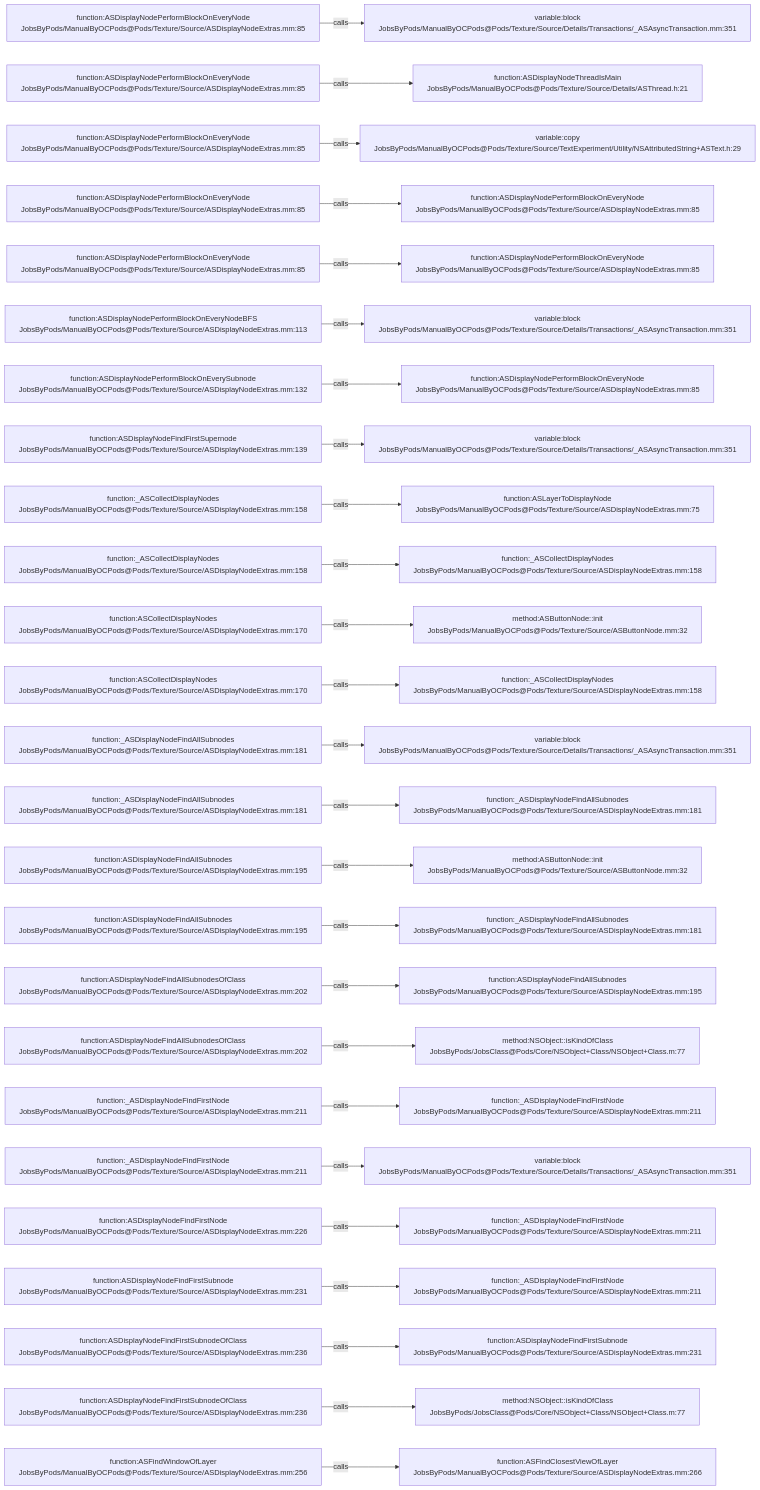
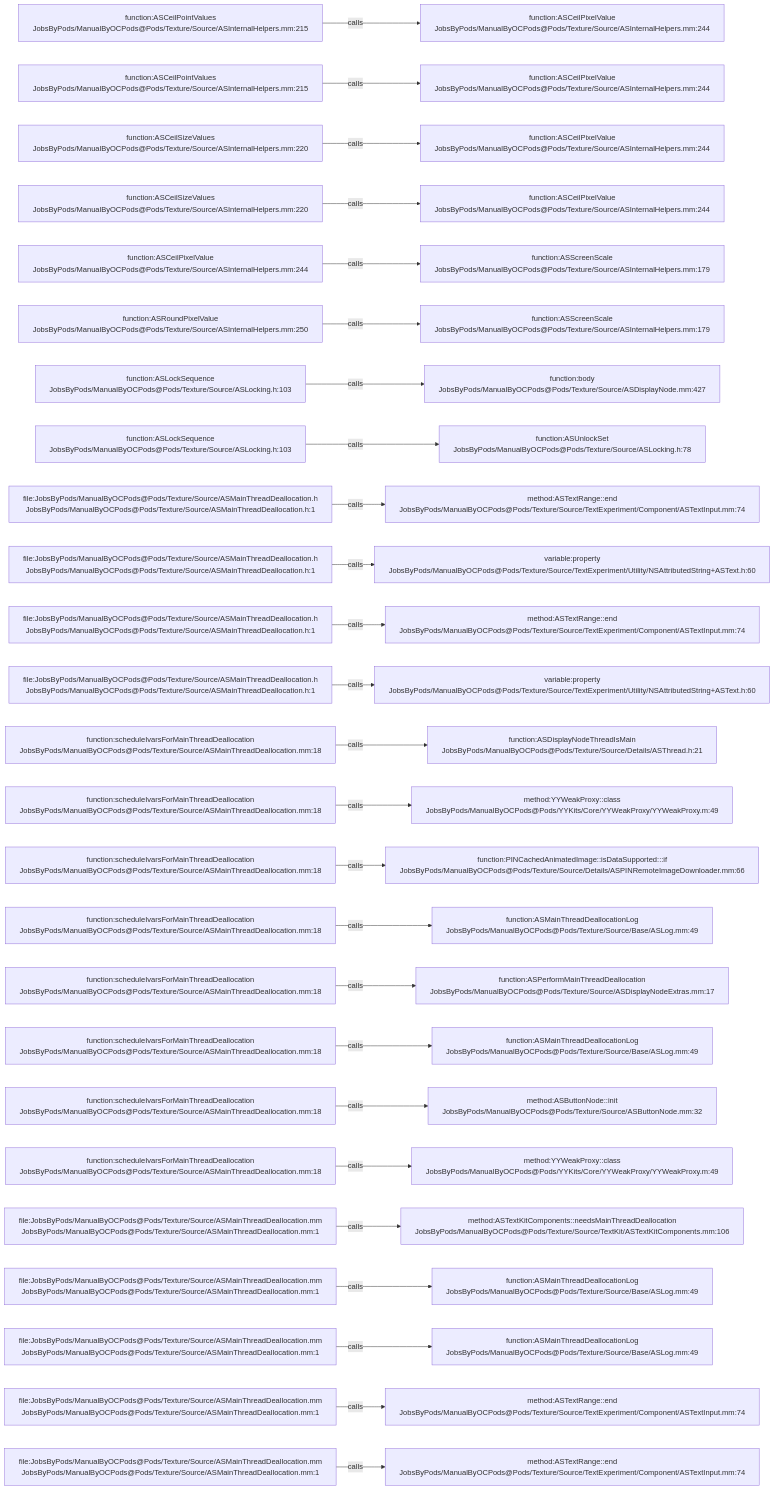
One commit to JobsKits/JobsOCBaseConfigDemo changed the diagram in .codegraph/codegraph.md/graphs/calls-104.md. Above: the diagram before and after it, drawn with Mermaid. The commit also changed 1448 other files, not shown here.

````diff
--- a/.codegraph/codegraph.md/graphs/calls-104.md
+++ b/.codegraph/codegraph.md/graphs/calls-104.md
@@ -13,78 +13,78 @@
 ```mermaid
 flowchart LR
-  S1["function:ASDisplayNodePerformBlockOnEveryNode<br/>JobsByPods/ManualByOCPods@Pods/Texture/Source/ASDisplayNodeExtras.mm:85"]
-  T1["variable:block<br/>JobsByPods/ManualByOCPods@Pods/Texture/Source/Details/Transactions/_ASAsyncTransaction.mm:351"]
+  S1["function:ASCeilPointValues<br/>JobsByPods/ManualByOCPods@Pods/Texture/Source/ASInternalHelpers.mm:215"]
+  T1["function:ASCeilPixelValue<br/>JobsByPods/ManualByOCPods@Pods/Texture/Source/ASInternalHelpers.mm:244"]
   S1 -->|calls| T1
-  S2["function:ASDisplayNodePerformBlockOnEveryNode<br/>JobsByPods/ManualByOCPods@Pods/Texture/Source/ASDisplayNodeExtras.mm:85"]
-  T2["function:ASDisplayNodeThreadIsMain<br/>JobsByPods/ManualByOCPods@Pods/Texture/Source/Details/ASThread.h:21"]
+  S2["function:ASCeilPointValues<br/>JobsByPods/ManualByOCPods@Pods/Texture/Source/ASInternalHelpers.mm:215"]
+  T2["function:ASCeilPixelValue<br/>JobsByPods/ManualByOCPods@Pods/Texture/Source/ASInternalHelpers.mm:244"]
   S2 -->|calls| T2
-  S3["function:ASDisplayNodePerformBlockOnEveryNode<br/>JobsByPods/ManualByOCPods@Pods/Texture/Source/ASDisplayNodeExtras.mm:85"]
-  T3["variable:copy<br/>JobsByPods/ManualByOCPods@Pods/Texture/Source/TextExperiment/Utility/NSAttributedString+ASText.h:29"]
+  S3["function:ASCeilSizeValues<br/>JobsByPods/ManualByOCPods@Pods/Texture/Source/ASInternalHelpers.mm:220"]
+  T3["function:ASCeilPixelValue<br/>JobsByPods/ManualByOCPods@Pods/Texture/Source/ASInternalHelpers.mm:244"]
   S3 -->|calls| T3
-  S4["function:ASDisplayNodePerformBlockOnEveryNode<br/>JobsByPods/ManualByOCPods@Pods/Texture/Source/ASDisplayNodeExtras.mm:85"]
-  T4["function:ASDisplayNodePerformBlockOnEveryNode<br/>JobsByPods/ManualByOCPods@Pods/Texture/Source/ASDisplayNodeExtras.mm:85"]
+  S4["function:ASCeilSizeValues<br/>JobsByPods/ManualByOCPods@Pods/Texture/Source/ASInternalHelpers.mm:220"]
+  T4["function:ASCeilPixelValue<br/>JobsByPods/ManualByOCPods@Pods/Texture/Source/ASInternalHelpers.mm:244"]
   S4 -->|calls| T4
-  S5["function:ASDisplayNodePerformBlockOnEveryNode<br/>JobsByPods/ManualByOCPods@Pods/Texture/Source/ASDisplayNodeExtras.mm:85"]
-  T5["function:ASDisplayNodePerformBlockOnEveryNode<br/>JobsByPods/ManualByOCPods@Pods/Texture/Source/ASDisplayNodeExtras.mm:85"]
+  S5["function:ASCeilPixelValue<br/>JobsByPods/ManualByOCPods@Pods/Texture/Source/ASInternalHelpers.mm:244"]
+  T5["function:ASScreenScale<br/>JobsByPods/ManualByOCPods@Pods/Texture/Source/ASInternalHelpers.mm:179"]
   S5 -->|calls| T5
-  S6["function:ASDisplayNodePerformBlockOnEveryNodeBFS<br/>JobsByPods/ManualByOCPods@Pods/Texture/Source/ASDisplayNodeExtras.mm:113"]
-  T6["variable:block<br/>JobsByPods/ManualByOCPods@Pods/Texture/Source/Details/Transactions/_ASAsyncTransaction.mm:351"]
+  S6["function:ASRoundPixelValue<br/>JobsByPods/ManualByOCPods@Pods/Texture/Source/ASInternalHelpers.mm:250"]
+  T6["function:ASScreenScale<br/>JobsByPods/ManualByOCPods@Pods/Texture/Source/ASInternalHelpers.mm:179"]
   S6 -->|calls| T6
-  S7["function:ASDisplayNodePerformBlockOnEverySubnode<br/>JobsByPods/ManualByOCPods@Pods/Texture/Source/ASDisplayNodeExtras.mm:132"]
-  T7["function:ASDisplayNodePerformBlockOnEveryNode<br/>JobsByPods/ManualByOCPods@Pods/Texture/Source/ASDisplayNodeExtras.mm:85"]
+  S7["function:ASLockSequence<br/>JobsByPods/ManualByOCPods@Pods/Texture/Source/ASLocking.h:103"]
+  T7["function:body<br/>JobsByPods/ManualByOCPods@Pods/Texture/Source/ASDisplayNode.mm:427"]
   S7 -->|calls| T7
-  S8["function:ASDisplayNodeFindFirstSupernode<br/>JobsByPods/ManualByOCPods@Pods/Texture/Source/ASDisplayNodeExtras.mm:139"]
-  T8["variable:block<br/>JobsByPods/ManualByOCPods@Pods/Texture/Source/Details/Transactions/_ASAsyncTransaction.mm:351"]
+  S8["function:ASLockSequence<br/>JobsByPods/ManualByOCPods@Pods/Texture/Source/ASLocking.h:103"]
+  T8["function:ASUnlockSet<br/>JobsByPods/ManualByOCPods@Pods/Texture/Source/ASLocking.h:78"]
   S8 -->|calls| T8
-  S9["function:_ASCollectDisplayNodes<br/>JobsByPods/ManualByOCPods@Pods/Texture/Source/ASDisplayNodeExtras.mm:158"]
-  T9["function:ASLayerToDisplayNode<br/>JobsByPods/ManualByOCPods@Pods/Texture/Source/ASDisplayNodeExtras.mm:75"]
+  S9["file:JobsByPods/ManualByOCPods@Pods/Texture/Source/ASMainThreadDeallocation.h<br/>JobsByPods/ManualByOCPods@Pods/Texture/Source/ASMainThreadDeallocation.h:1"]
+  T9["method:ASTextRange::end<br/>JobsByPods/ManualByOCPods@Pods/Texture/Source/TextExperiment/Component/ASTextInput.mm:74"]
   S9 -->|calls| T9
-  S10["function:_ASCollectDisplayNodes<br/>JobsByPods/ManualByOCPods@Pods/Texture/Source/ASDisplayNodeExtras.mm:158"]
-  T10["function:_ASCollectDisplayNodes<br/>JobsByPods/ManualByOCPods@Pods/Texture/Source/ASDisplayNodeExtras.mm:158"]
+  S10["file:JobsByPods/ManualByOCPods@Pods/Texture/Source/ASMainThreadDeallocation.h<br/>JobsByPods/ManualByOCPods@Pods/Texture/Source/ASMainThreadDeallocation.h:1"]
+  T10["variable:property<br/>JobsByPods/ManualByOCPods@Pods/Texture/Source/TextExperiment/Utility/NSAttributedString+ASText.h:60"]
   S10 -->|calls| T10
-  S11["function:ASCollectDisplayNodes<br/>JobsByPods/ManualByOCPods@Pods/Texture/Source/ASDisplayNodeExtras.mm:170"]
-  T11["method:ASButtonNode::init<br/>JobsByPods/ManualByOCPods@Pods/Texture/Source/ASButtonNode.mm:32"]
+  S11["file:JobsByPods/ManualByOCPods@Pods/Texture/Source/ASMainThreadDeallocation.h<br/>JobsByPods/ManualByOCPods@Pods/Texture/Source/ASMainThreadDeallocation.h:1"]
+  T11["method:ASTextRange::end<br/>JobsByPods/ManualByOCPods@Pods/Texture/Source/TextExperiment/Component/ASTextInput.mm:74"]
   S11 -->|calls| T11
-  S12["function:ASCollectDisplayNodes<br/>JobsByPods/ManualByOCPods@Pods/Texture/Source/ASDisplayNodeExtras.mm:170"]
-  T12["function:_ASCollectDisplayNodes<br/>JobsByPods/ManualByOCPods@Pods/Texture/Source/ASDisplayNodeExtras.mm:158"]
+  S12["file:JobsByPods/ManualByOCPods@Pods/Texture/Source/ASMainThreadDeallocation.h<br/>JobsByPods/ManualByOCPods@Pods/Texture/Source/ASMainThreadDeallocation.h:1"]
+  T12["variable:property<br/>JobsByPods/ManualByOCPods@Pods/Texture/Source/TextExperiment/Utility/NSAttributedString+ASText.h:60"]
   S12 -->|calls| T12
-  S13["function:_ASDisplayNodeFindAllSubnodes<br/>JobsByPods/ManualByOCPods@Pods/Texture/Source/ASDisplayNodeExtras.mm:181"]
-  T13["variable:block<br/>JobsByPods/ManualByOCPods@Pods/Texture/Source/Details/Transactions/_ASAsyncTransaction.mm:351"]
+  S13["function:scheduleIvarsForMainThreadDeallocation<br/>JobsByPods/ManualByOCPods@Pods/Texture/Source/ASMainThreadDeallocation.mm:18"]
+  T13["function:ASDisplayNodeThreadIsMain<br/>JobsByPods/ManualByOCPods@Pods/Texture/Source/Details/ASThread.h:21"]
   S13 -->|calls| T13
-  S14["function:_ASDisplayNodeFindAllSubnodes<br/>JobsByPods/ManualByOCPods@Pods/Texture/Source/ASDisplayNodeExtras.mm:181"]
-  T14["function:_ASDisplayNodeFindAllSubnodes<br/>JobsByPods/ManualByOCPods@Pods/Texture/Source/ASDisplayNodeExtras.mm:181"]
+  S14["function:scheduleIvarsForMainThreadDeallocation<br/>JobsByPods/ManualByOCPods@Pods/Texture/Source/ASMainThreadDeallocation.mm:18"]
+  T14["method:YYWeakProxy::class<br/>JobsByPods/ManualByOCPods@Pods/YYKits/Core/YYWeakProxy/YYWeakProxy.m:49"]
   S14 -->|calls| T14
-  S15["function:ASDisplayNodeFindAllSubnodes<br/>JobsByPods/ManualByOCPods@Pods/Texture/Source/ASDisplayNodeExtras.mm:195"]
-  T15["method:ASButtonNode::init<br/>JobsByPods/ManualByOCPods@Pods/Texture/Source/ASButtonNode.mm:32"]
+  S15["function:scheduleIvarsForMainThreadDeallocation<br/>JobsByPods/ManualByOCPods@Pods/Texture/Source/ASMainThreadDeallocation.mm:18"]
+  T15["function:PINCachedAnimatedImage::isDataSupported:::if<br/>JobsByPods/ManualByOCPods@Pods/Texture/Source/Details/ASPINRemoteImageDownloader.mm:66"]
   S15 -->|calls| T15
-  S16["function:ASDisplayNodeFindAllSubnodes<br/>JobsByPods/ManualByOCPods@Pods/Texture/Source/ASDisplayNodeExtras.mm:195"]
-  T16["function:_ASDisplayNodeFindAllSubnodes<br/>JobsByPods/ManualByOCPods@Pods/Texture/Source/ASDisplayNodeExtras.mm:181"]
+  S16["function:scheduleIvarsForMainThreadDeallocation<br/>JobsByPods/ManualByOCPods@Pods/Texture/Source/ASMainThreadDeallocation.mm:18"]
+  T16["function:ASMainThreadDeallocationLog<br/>JobsByPods/ManualByOCPods@Pods/Texture/Source/Base/ASLog.mm:49"]
   S16 -->|calls| T16
-  S17["function:ASDisplayNodeFindAllSubnodesOfClass<br/>JobsByPods/ManualByOCPods@Pods/Texture/Source/ASDisplayNodeExtras.mm:202"]
-  T17["function:ASDisplayNodeFindAllSubnodes<br/>JobsByPods/ManualByOCPods@Pods/Texture/Source/ASDisplayNodeExtras.mm:195"]
+  S17["function:scheduleIvarsForMainThreadDeallocation<br/>JobsByPods/ManualByOCPods@Pods/Texture/Source/ASMainThreadDeallocation.mm:18"]
+  T17["function:ASPerformMainThreadDeallocation<br/>JobsByPods/ManualByOCPods@Pods/Texture/Source/ASDisplayNodeExtras.mm:17"]
   S17 -->|calls| T17
-  S18["function:ASDisplayNodeFindAllSubnodesOfClass<br/>JobsByPods/ManualByOCPods@Pods/Texture/Source/ASDisplayNodeExtras.mm:202"]
-  T18["method:NSObject::isKindOfClass<br/>JobsByPods/JobsClass@Pods/Core/NSObject+Class/NSObject+Class.m:77"]
+  S18["function:scheduleIvarsForMainThreadDeallocation<br/>JobsByPods/ManualByOCPods@Pods/Texture/Source/ASMainThreadDeallocation.mm:18"]
+  T18["function:ASMainThreadDeallocationLog<br/>JobsByPods/ManualByOCPods@Pods/Texture/Source/Base/ASLog.mm:49"]
   S18 -->|calls| T18
-  S19["function:_ASDisplayNodeFindFirstNode<br/>JobsByPods/ManualByOCPods@Pods/Texture/Source/ASDisplayNodeExtras.mm:211"]
-  T19["function:_ASDisplayNodeFindFirstNode<br/>JobsByPods/ManualByOCPods@Pods/Texture/Source/ASDisplayNodeExtras.mm:211"]
+  S19["function:scheduleIvarsForMainThreadDeallocation<br/>JobsByPods/ManualByOCPods@Pods/Texture/Source/ASMainThreadDeallocation.mm:18"]
+  T19["method:ASButtonNode::init<br/>JobsByPods/ManualByOCPods@Pods/Texture/Source/ASButtonNode.mm:32"]
   S19 -->|calls| T19
-  S20["function:_ASDisplayNodeFindFirstNode<br/>JobsByPods/ManualByOCPods@Pods/Texture/Source/ASDisplayNodeExtras.mm:211"]
-  T20["variable:block<br/>JobsByPods/ManualByOCPods@Pods/Texture/Source/Details/Transactions/_ASAsyncTransaction.mm:351"]
+  S20["function:scheduleIvarsForMainThreadDeallocation<br/>JobsByPods/ManualByOCPods@Pods/Texture/Source/ASMainThreadDeallocation.mm:18"]
+  T20["method:YYWeakProxy::class<br/>JobsByPods/ManualByOCPods@Pods/YYKits/Core/YYWeakProxy/YYWeakProxy.m:49"]
   S20 -->|calls| T20
-  S21["function:ASDisplayNodeFindFirstNode<br/>JobsByPods/ManualByOCPods@Pods/Texture/Source/ASDisplayNodeExtras.mm:226"]
-  T21["function:_ASDisplayNodeFindFirstNode<br/>JobsByPods/ManualByOCPods@Pods/Texture/Source/ASDisplayNodeExtras.mm:211"]
+  S21["file:JobsByPods/ManualByOCPods@Pods/Texture/Source/ASMainThreadDeallocation.mm<br/>JobsByPods/ManualByOCPods@Pods/Texture/Source/ASMainThreadDeallocation.mm:1"]
+  T21["method:ASTextKitComponents::needsMainThreadDeallocation<br/>JobsByPods/ManualByOCPods@Pods/Texture/Source/TextKit/ASTextKitComponents.mm:106"]
   S21 -->|calls| T21
-  S22["function:ASDisplayNodeFindFirstSubnode<br/>JobsByPods/ManualByOCPods@Pods/Texture/Source/ASDisplayNodeExtras.mm:231"]
-  T22["function:_ASDisplayNodeFindFirstNode<br/>JobsByPods/ManualByOCPods@Pods/Texture/Source/ASDisplayNodeExtras.mm:211"]
+  S22["file:JobsByPods/ManualByOCPods@Pods/Texture/Source/ASMainThreadDeallocation.mm<br/>JobsByPods/ManualByOCPods@Pods/Texture/Source/ASMainThreadDeallocation.mm:1"]
+  T22["function:ASMainThreadDeallocationLog<br/>JobsByPods/ManualByOCPods@Pods/Texture/Source/Base/ASLog.mm:49"]
   S22 -->|calls| T22
-  S23["function:ASDisplayNodeFindFirstSubnodeOfClass<br/>JobsByPods/ManualByOCPods@Pods/Texture/Source/ASDisplayNodeExtras.mm:236"]
-  T23["function:ASDisplayNodeFindFirstSubnode<br/>JobsByPods/ManualByOCPods@Pods/Texture/Source/ASDisplayNodeExtras.mm:231"]
+  S23["file:JobsByPods/ManualByOCPods@Pods/Texture/Source/ASMainThreadDeallocation.mm<br/>JobsByPods/ManualByOCPods@Pods/Texture/Source/ASMainThreadDeallocation.mm:1"]
+  T23["function:ASMainThreadDeallocationLog<br/>JobsByPods/ManualByOCPods@Pods/Texture/Source/Base/ASLog.mm:49"]
   S23 -->|calls| T23
-  S24["function:ASDisplayNodeFindFirstSubnodeOfClass<br/>JobsByPods/ManualByOCPods@Pods/Texture/Source/ASDisplayNodeExtras.mm:236"]
-  T24["method:NSObject::isKindOfClass<br/>JobsByPods/JobsClass@Pods/Core/NSObject+Class/NSObject+Class.m:77"]
+  S24["file:JobsByPods/ManualByOCPods@Pods/Texture/Source/ASMainThreadDeallocation.mm<br/>JobsByPods/ManualByOCPods@Pods/Texture/Source/ASMainThreadDeallocation.mm:1"]
+  T24["method:ASTextRange::end<br/>JobsByPods/ManualByOCPods@Pods/Texture/Source/TextExperiment/Component/ASTextInput.mm:74"]
   S24 -->|calls| T24
-  S25["function:ASFindWindowOfLayer<br/>JobsByPods/ManualByOCPods@Pods/Texture/Source/ASDisplayNodeExtras.mm:256"]
-  T25["function:ASFindClosestViewOfLayer<br/>JobsByPods/ManualByOCPods@Pods/Texture/Source/ASDisplayNodeExtras.mm:266"]
+  S25["file:JobsByPods/ManualByOCPods@Pods/Texture/Source/ASMainThreadDeallocation.mm<br/>JobsByPods/ManualByOCPods@Pods/Texture/Source/ASMainThreadDeallocation.mm:1"]
+  T25["method:ASTextRange::end<br/>JobsByPods/ManualByOCPods@Pods/Texture/Source/TextExperiment/Component/ASTextInput.mm:74"]
   S25 -->|calls| T25
 ```
````
